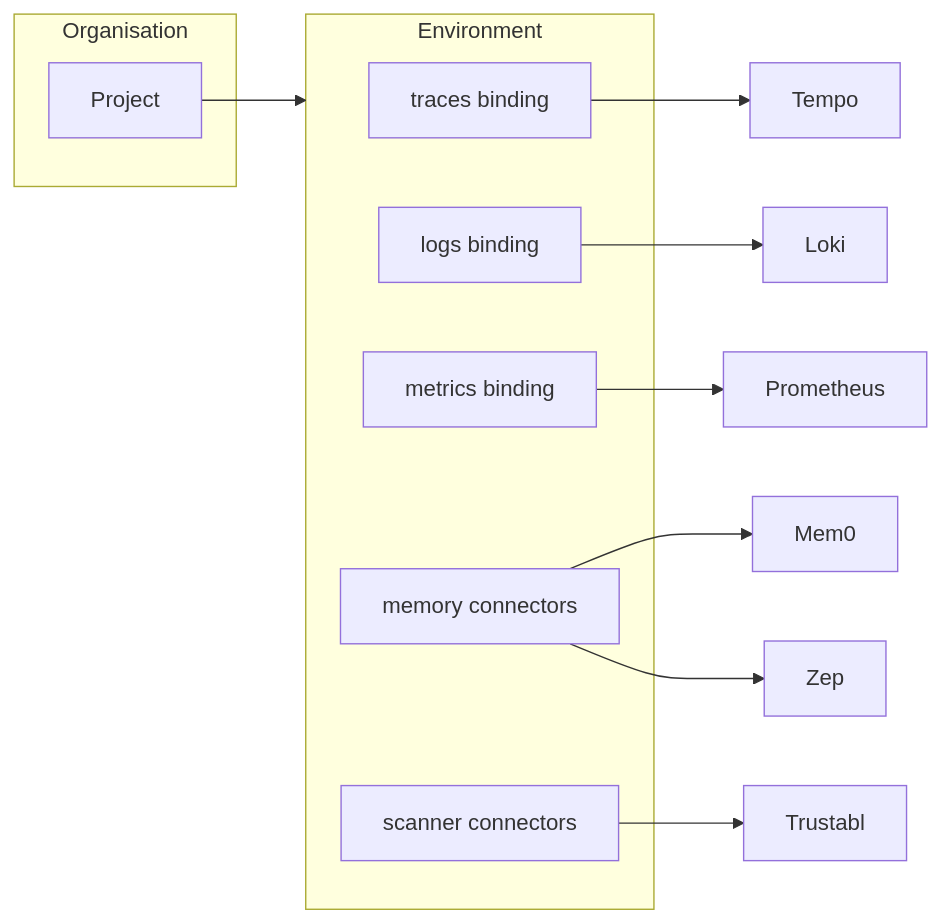
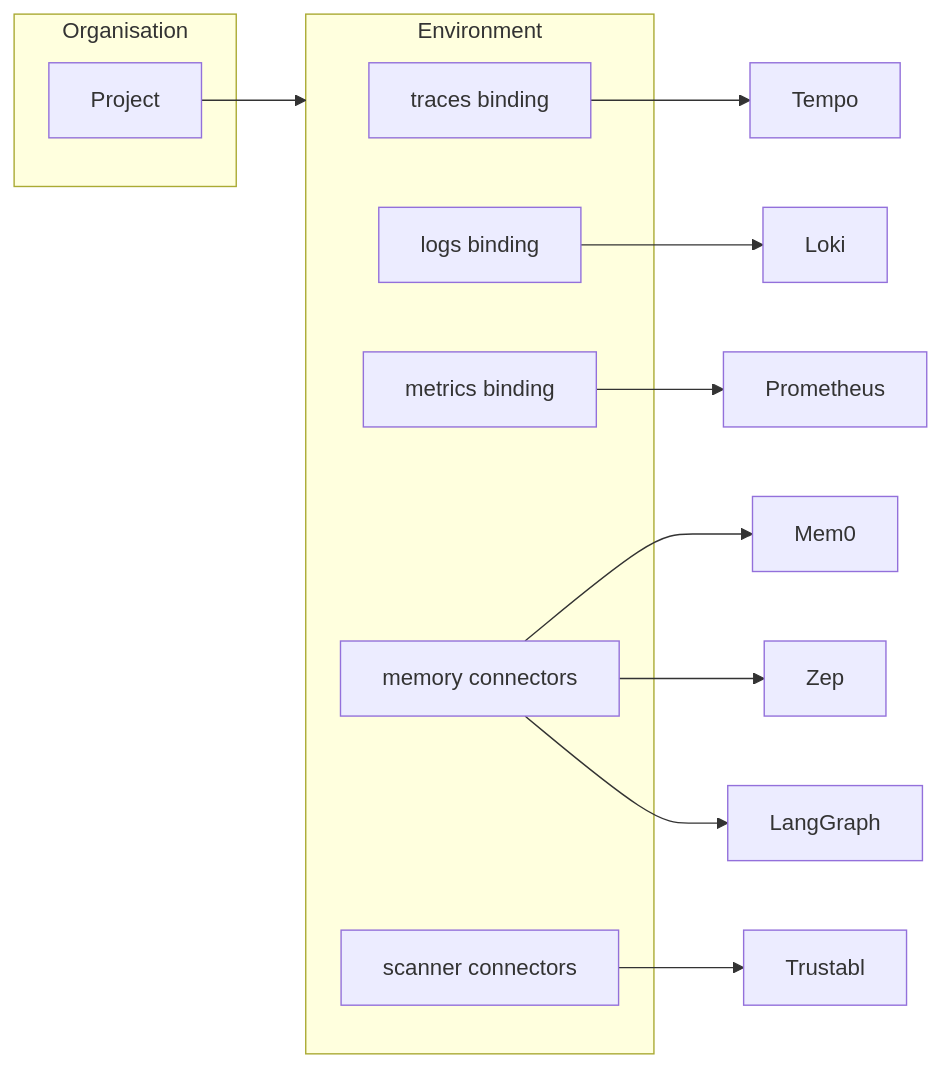
Before and after one commit to openlit/openlit: the diagram in docs/latest/openlit/connectors/overview.mdx, drawn with Mermaid. The commit also changed other lines of this file and 24 other files, not shown here.

````diff
--- a/docs/latest/openlit/connectors/overview.mdx
+++ b/docs/latest/openlit/connectors/overview.mdx
@@ -43,20 +43,21 @@
 ```mermaid
 flowchart LR
   subgraph org [Organisation]
     proj[Project]
   end
   subgraph env [Environment]
     bindT[traces binding]
     bindL[logs binding]
     bindM[metrics binding]
     mem[memory connectors]
     scan[scanner connectors]
   end
   proj --> env
   bindT --> DS1[Tempo]
   bindL --> DS2[Loki]
   bindM --> DS3[Prometheus]
   mem --> M1[Mem0]
   mem --> M2[Zep]
+  mem --> M3[LangGraph]
   scan --> S1[Trustabl]
 ```
````
